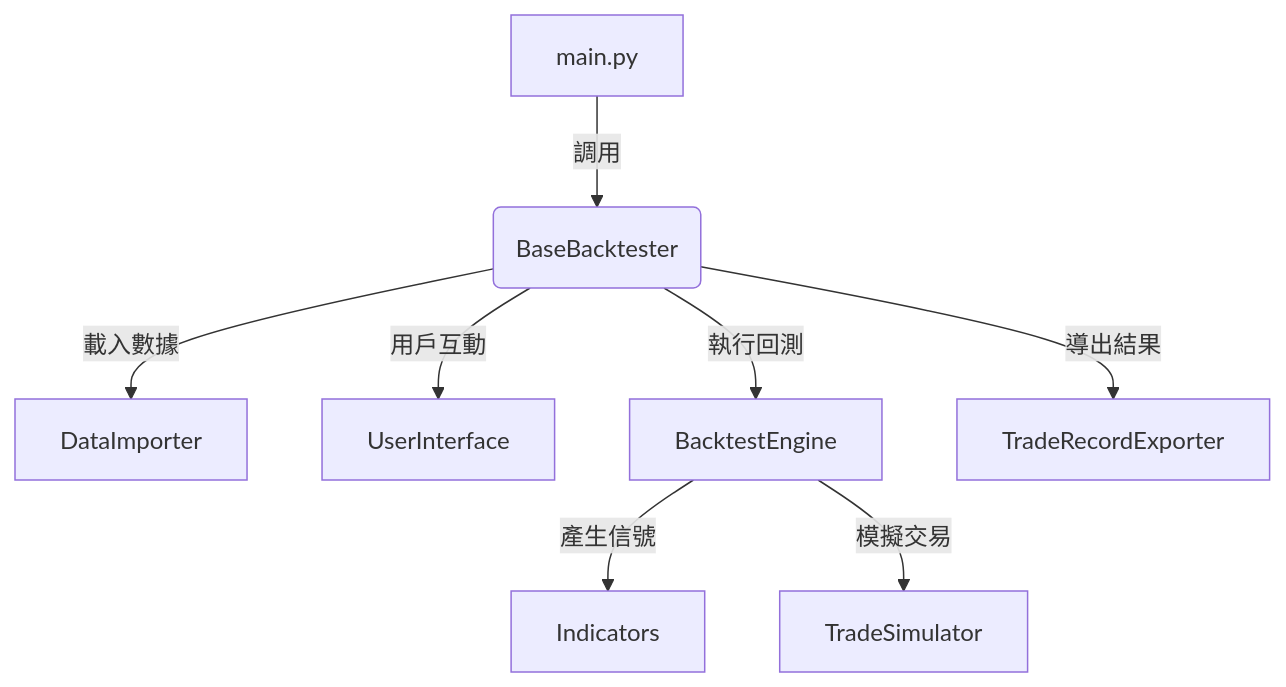
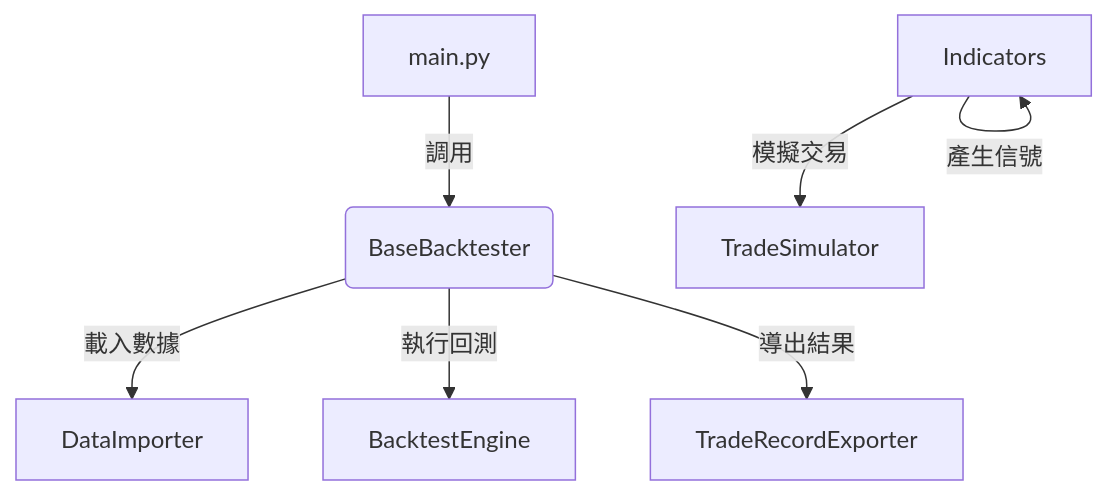
The diagram in backtester/README.md (lo2cin4/lo2cin4bt), drawn with Mermaid before and after one commit. The commit also changed other lines of this file and 14 other files, not shown here.

````diff
--- a/backtester/README.md
+++ b/backtester/README.md
@@ -104,10 +96,9 @@
 ```mermaid
 flowchart TD
     A[main.py] -->|調用| B(BaseBacktester)
     B -->|載入數據| C[DataImporter]
-    B -->|用戶互動| D[UserInterface]
-    B -->|執行回測| E[BacktestEngine]
-    E -->|產生信號| F[Indicators]
-    E -->|模擬交易| G[TradeSimulator]
-    B -->|導出結果| H[TradeRecordExporter]
+    B -->|執行回測| D[BacktestEngine]
+    E -->|產生信號| E[Indicators]
+    E -->|模擬交易| F[TradeSimulator]
+    B -->|導出結果| G[TradeRecordExporter]
 ```
````
